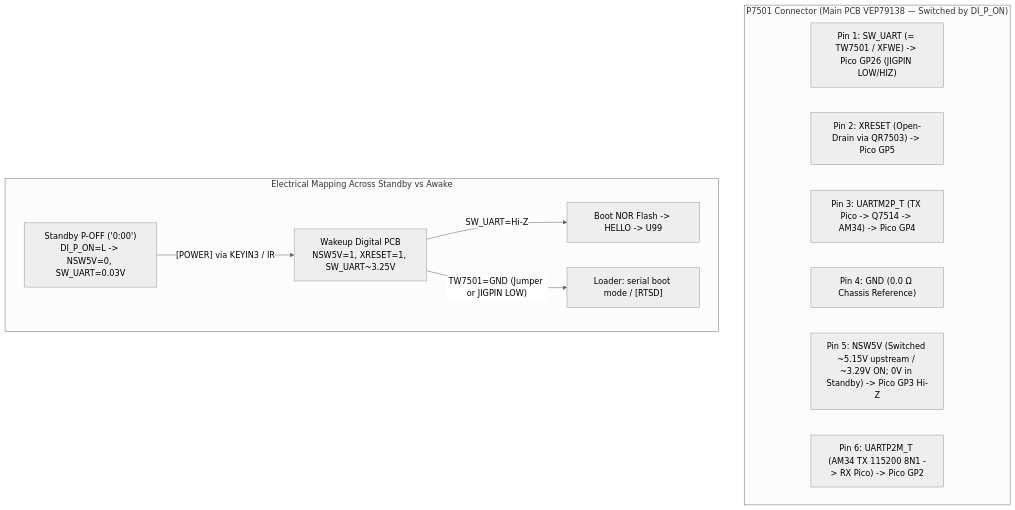
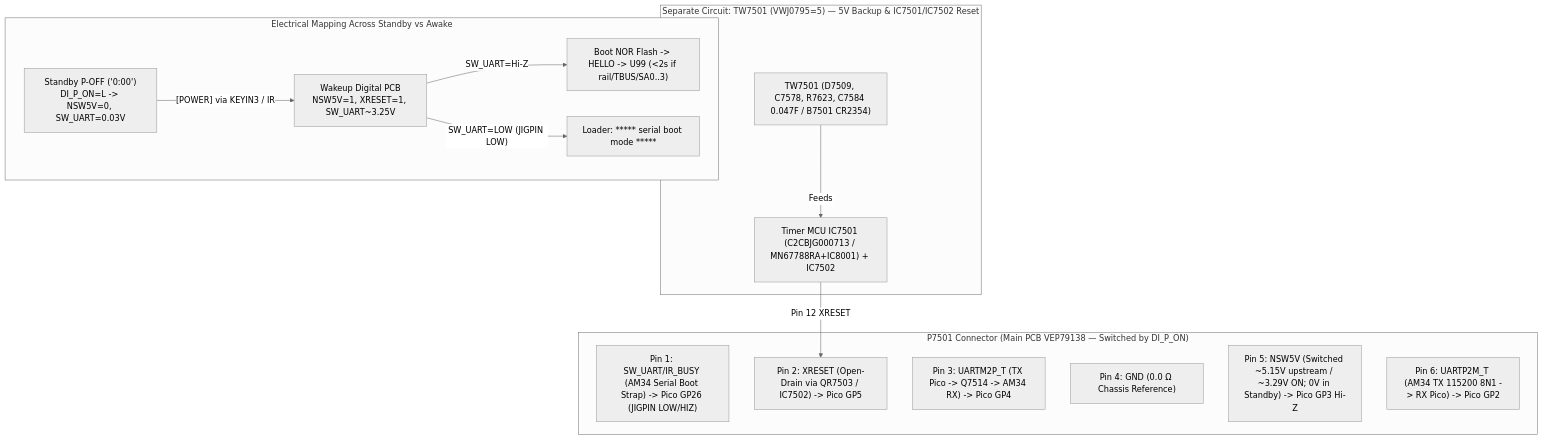
One commit to orgchrono/Panadiga changed the third of 4 diagrams in docs/en-US/GLOBAL_COMMUNITY_COMPENDIUM_DIGA_FIRMWARE_AND_HARDWARE.md. Above: the diagram before and after it, drawn with Mermaid (neutral theme). The commit also changed other lines of this file and 139 other files, not shown here.

First line of the commit message:
feat(apk,nor,pico,re,docs): unify Android IR Commander, 2-layer NOR JEDEC, glitch-immune BAUDSCAN, async GDB proxy & 447-code bench wizard

````diff
--- a/docs/en-US/GLOBAL_COMMUNITY_COMPENDIUM_DIGA_FIRMWARE_AND_HARDWARE.md
+++ b/docs/en-US/GLOBAL_COMMUNITY_COMPENDIUM_DIGA_FIRMWARE_AND_HARDWARE.md
@@ -370,17 +387,22 @@
 ```mermaid
 flowchart TD
     subgraph P7501_PINOUT["P7501 Connector (Main PCB VEP79138 — Switched by DI_P_ON)"]
-        P1["Pin 1: SW_UART (= TW7501 / XFWE) -> Pico GP26 (JIGPIN LOW/HIZ)"]
-        P2["Pin 2: XRESET (Open-Drain via QR7503) -> Pico GP5"]
-        P3["Pin 3: UARTM2P_T (TX Pico -> Q7514 -> AM34) -> Pico GP4"]
+        P1["Pin 1: SW_UART/IR_BUSY (AM34 Serial Boot Strap) -> Pico GP26 (JIGPIN LOW/HIZ)"]
+        P2["Pin 2: XRESET (Open-Drain via QR7503 / IC7502) -> Pico GP5"]
+        P3["Pin 3: UARTM2P_T (TX Pico -> Q7514 -> AM34 RX) -> Pico GP4"]
         P4["Pin 4: GND (0.0 Ω Chassis Reference)"]
         P5["Pin 5: NSW5V (Switched ~5.15V upstream / ~3.29V ON; 0V in Standby) -> Pico GP3 Hi-Z"]
         P6["Pin 6: UARTP2M_T (AM34 TX 115200 8N1 -> RX Pico) -> Pico GP2"]
     end
 
+    subgraph BACKUP_RAIL["Separate Circuit: TW7501 (VWJ0795=5) — 5V Backup & IC7501/IC7502 Reset"]
+        TW["TW7501 (D7509, C7578, R7623, C7584 0.047F / B7501 CR2354)"] -->|"Feeds"| MCU["Timer MCU IC7501 (C2CBJG000713 / MN67788RA+IC8001) + IC7502"]
+        MCU -->|"Pin 12 XRESET"| P2
+    end
+
     subgraph STANDBY_STATES["Electrical Mapping Across Standby vs Awake"]
         ST_OFF["Standby P-OFF ('0:00')\nDI_P_ON=L -> NSW5V=0, SW_UART=0.03V"] -->|"[POWER] via KEYIN3 / IR"| ST_WAKE["Wakeup Digital PCB\nNSW5V=1, XRESET=1, SW_UART~3.25V"]
-        ST_WAKE -->|"SW_UART=Hi-Z"| BOOT_NORM["Boot NOR Flash -> HELLO -> U99"]
-        ST_WAKE -->|"TW7501=GND (Jumper or JIGPIN LOW)"| BOOT_SER["Loader: serial boot mode / [RTSD]"]
+        ST_WAKE -->|"SW_UART=Hi-Z"| BOOT_NORM["Boot NOR Flash -> HELLO -> U99 (<2s if rail/TBUS/SA0..3)"]
+        ST_WAKE -->|"SW_UART=LOW (JIGPIN LOW)"| BOOT_SER["Loader: ***** serial boot mode *****"]
     end
 ```
````
